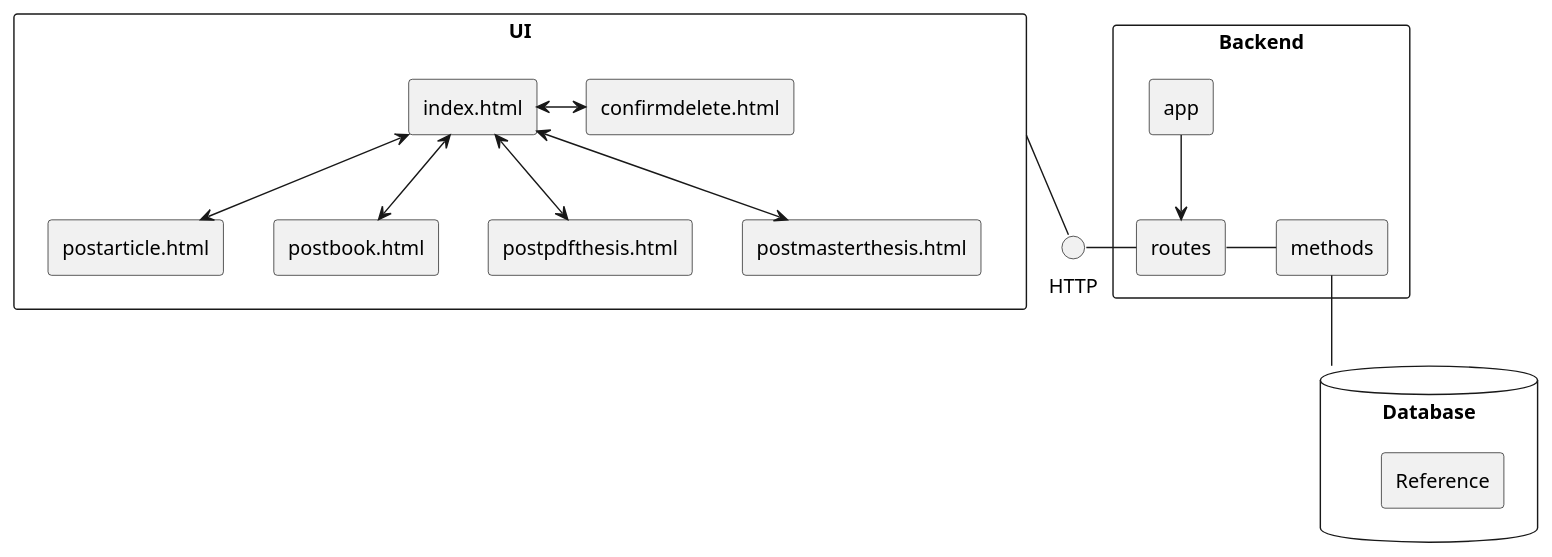
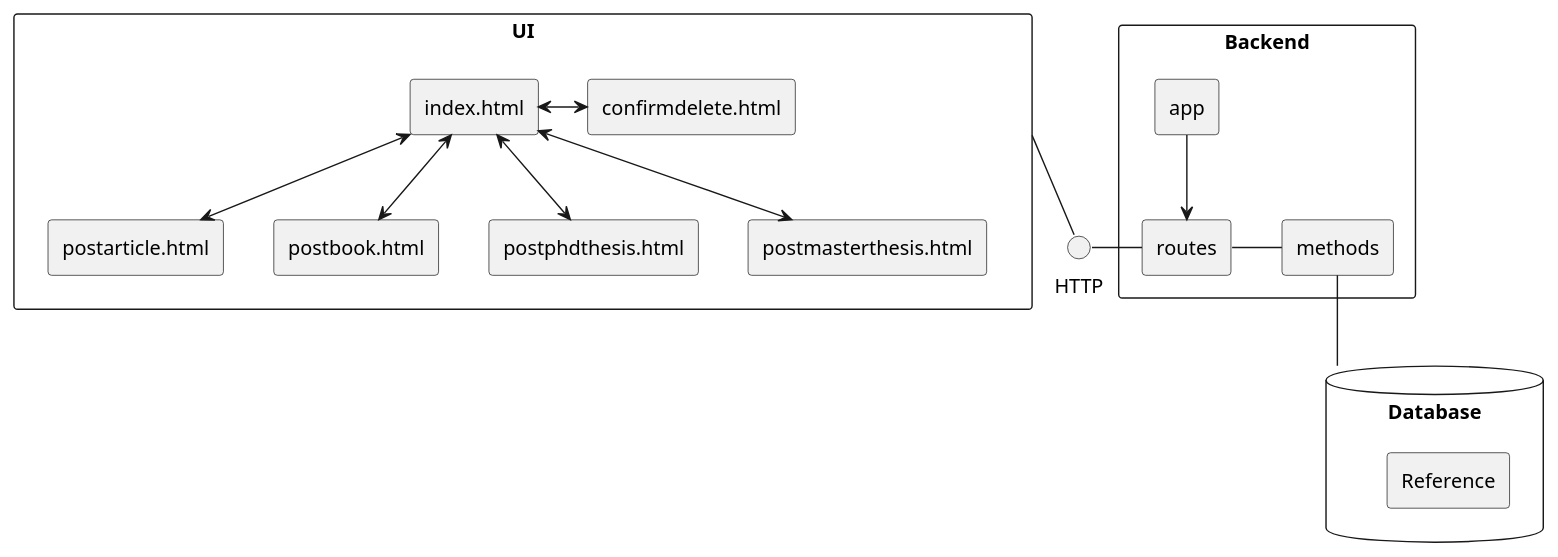
Before and after one commit to thefakejj/miniprojekti: the diagram in doc/architecture.puml, drawn with PlantUML. The commit also changed 1 other file, not shown here.

Commit message:
fixed pdf thesis in architecture docs

```diff
--- a/doc/architecture.puml
+++ b/doc/architecture.puml
@@ -1,43 +1,43 @@
 @startuml
 rectangle "UI" {  
     rectangle "index.html"    
     rectangle "postarticle.html"    
     rectangle "postbook.html"
-    rectangle "postpdfthesis.html"
+    rectangle "postphdthesis.html"
     rectangle "postmasterthesis.html"    
     rectangle "confirmdelete.html"
     'rectangle "error.html"
 }
 
 rectangle "Backend" {
     rectangle "app"
     rectangle "routes"
     rectangle "methods"
 }
 
 database "Database" {
     rectangle "Reference"
 }
 
 interface HTTP
 
 index.html <--> postarticle.html
 index.html <--> postbook.html
-index.html <--> postpdfthesis.html
+index.html <--> postphdthesis.html
 index.html <--> postmasterthesis.html
 index.html <-right-> confirmdelete.html
 'postbook.html <--> error.html  
 'postmasterthesis.html <--> error.html
 'confirmdelete.html <--> error.html
 
 
 UI -- HTTP
 HTTP - routes
 
 
 app --> routes
 routes - methods
 methods -- Database
 
 
 @enduml
```
